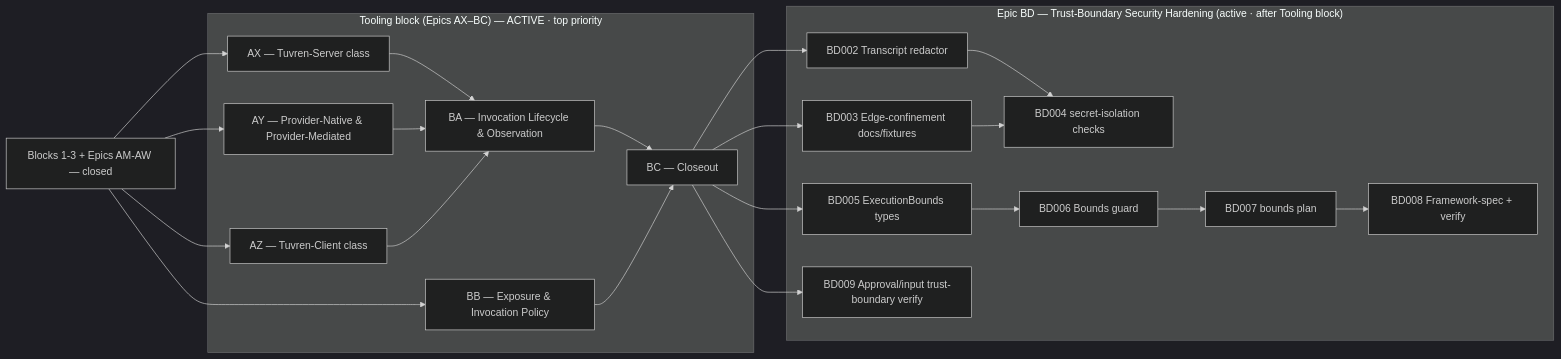
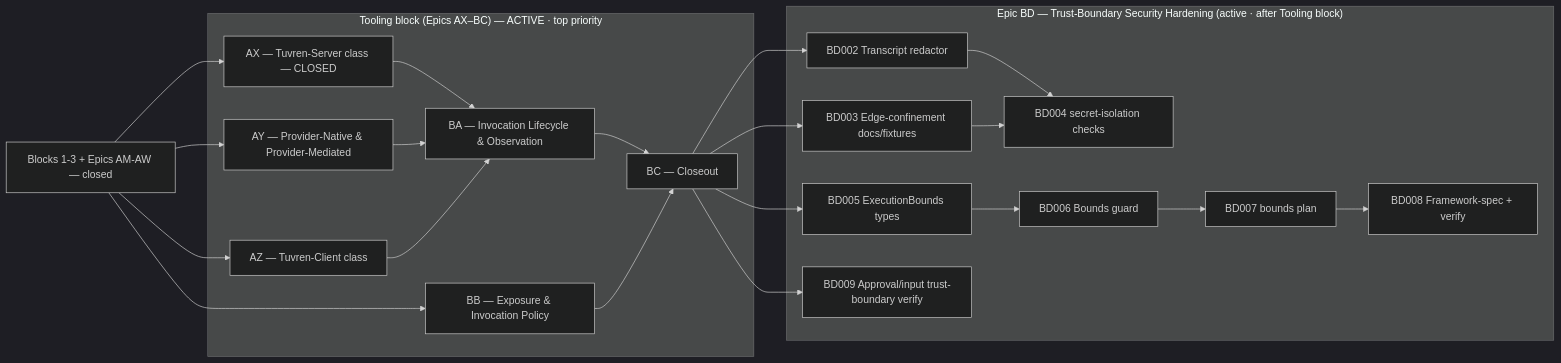
Before and after one commit to Tuvren/framework: the diagram in constitution/Tasks.md, drawn with Mermaid (dark theme). The commit also changed other lines of this file and 29 other files, not shown here.

First line of the commit message:
feat(AX): Tuvren-Server Execution Class — full lifecycle, retry, rate-limit, sandbox, audit, conformance (#71)

````diff
--- a/constitution/Tasks.md
+++ b/constitution/Tasks.md
@@ -88,32 +89,32 @@
 ```mermaid
 flowchart LR
   closed["Blocks 1-3 + Epics AM-AW — closed"]
 
   subgraph tooling["Tooling block (Epics AX–BC) — ACTIVE · top priority"]
-    AXep["AX — Tuvren-Server class"]
+    AXep["AX — Tuvren-Server class — CLOSED"]
     AYep["AY — Provider-Native & Provider-Mediated"]
     AZep["AZ — Tuvren-Client class"]
     AXep --> BAep["BA — Invocation Lifecycle & Observation"]
     AYep --> BAep
     AZep --> BAep
     BBep["BB — Exposure & Invocation Policy"]
     BAep --> BCep["BC — Closeout"]
     BBep --> BCep
   end
 
   subgraph trust["Epic BD — Trust-Boundary Security Hardening (active · after Tooling block)"]
     BD2["BD002 Transcript redactor"] --> BD4["BD004 secret-isolation checks"]
     BD3["BD003 Edge-confinement docs/fixtures"] --> BD4
     BD5["BD005 ExecutionBounds types"] --> BD6["BD006 Bounds guard"] --> BD7["BD007 bounds plan"] --> BD8["BD008 Framework-spec + verify"]
     BD9["BD009 Approval/input trust-boundary verify"]
   end
 
   closed --> AXep
   closed --> AYep
   closed --> AZep
   closed --> BBep
   BCep --> BD2
   BCep --> BD3
   BCep --> BD5
   BCep --> BD9
 ```
````
